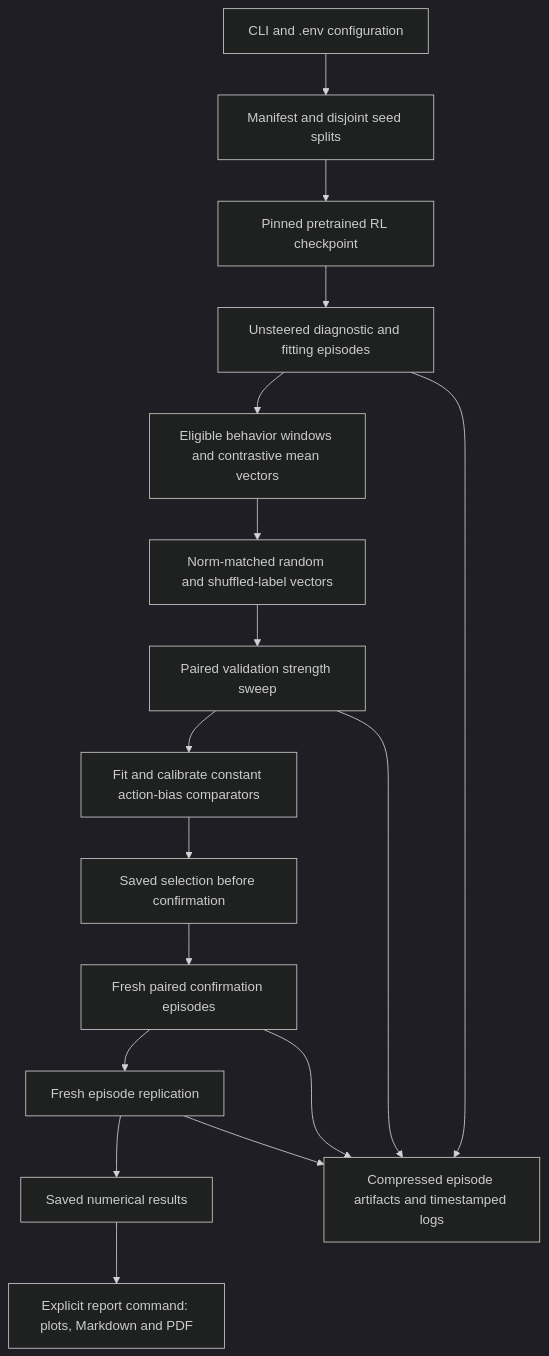
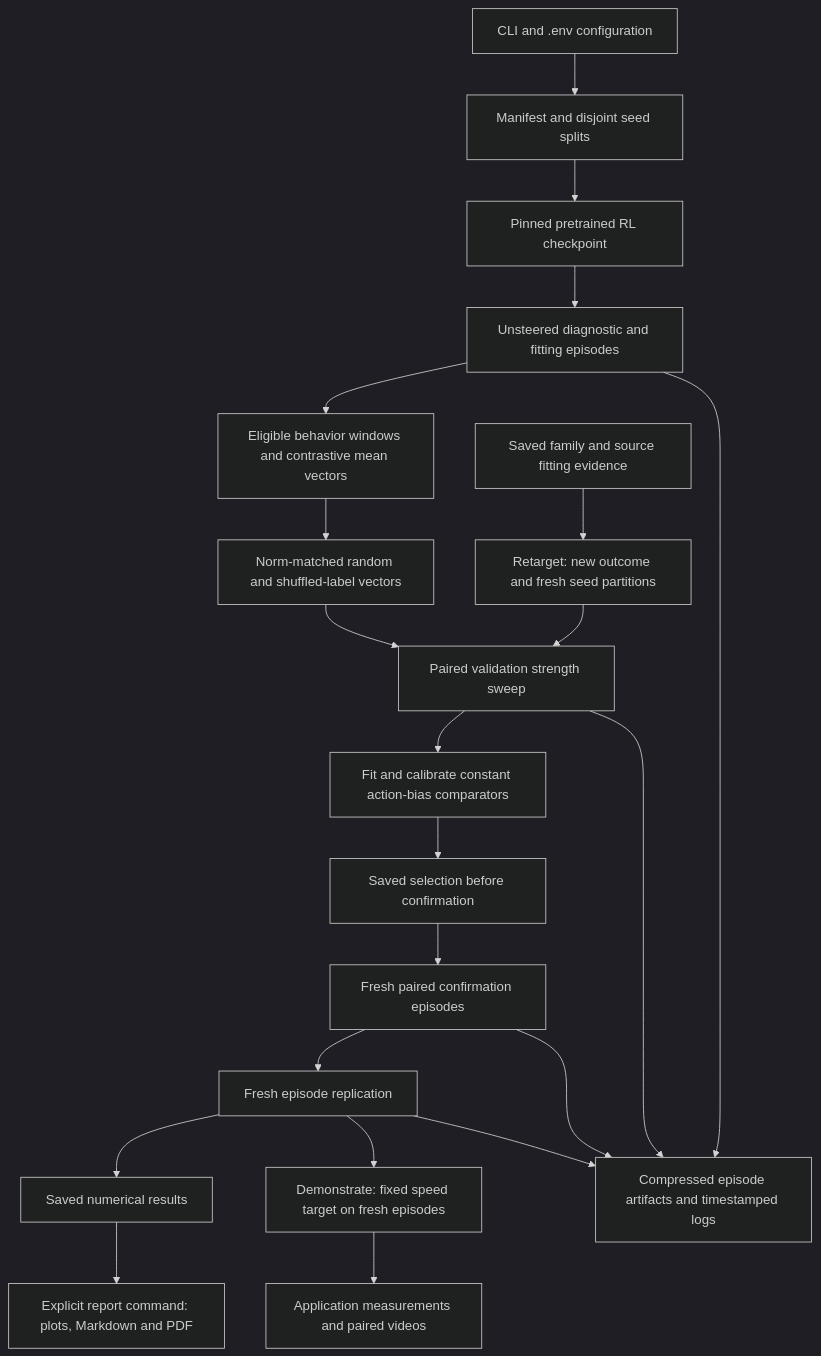
Before and after one commit to BurnyCoder/reinforcement-learning-locomotion-steering-vectors: the diagram in README.md, drawn with Mermaid (dark theme). The commit also changed other lines of this file and 15 other files, not shown here.

Commit message:
Report failed fresh coarse validation and explain inherited fitting evidence

````diff
--- a/README.md
+++ b/README.md
@@ -38,19 +48,23 @@
 ```mermaid
 flowchart TD
     CLI[CLI and .env configuration] --> PLAN[Manifest and disjoint seed splits]
     PLAN --> LOAD[Pinned pretrained RL checkpoint]
     LOAD --> BASE[Unsteered diagnostic and fitting episodes]
     BASE --> FIT[Eligible behavior windows and contrastive mean vectors]
     FIT --> CONTROLS[Norm-matched random and shuffled-label vectors]
     CONTROLS --> VALIDATE[Paired validation strength sweep]
     VALIDATE --> BIAS[Fit and calibrate constant action-bias comparators]
     BIAS --> LOCK[Saved selection before confirmation]
     LOCK --> CONFIRM[Fresh paired confirmation episodes]
     CONFIRM --> REPLICATE[Fresh episode replication]
     REPLICATE --> RESULTS[Saved numerical results]
     RESULTS --> REPORT[Explicit report command: plots, Markdown and PDF]
+    SOURCE[Saved family and source fitting evidence] --> RETARGET[Retarget: new outcome and fresh seed partitions]
+    RETARGET --> VALIDATE
+    REPLICATE --> DEMO[Demonstrate: fixed speed target on fresh episodes]
+    DEMO --> MEDIA[Application measurements and paired videos]
     BASE --> STORE[Compressed episode artifacts and timestamped logs]
     VALIDATE --> STORE
     CONFIRM --> STORE
     REPLICATE --> STORE
 ```
````
